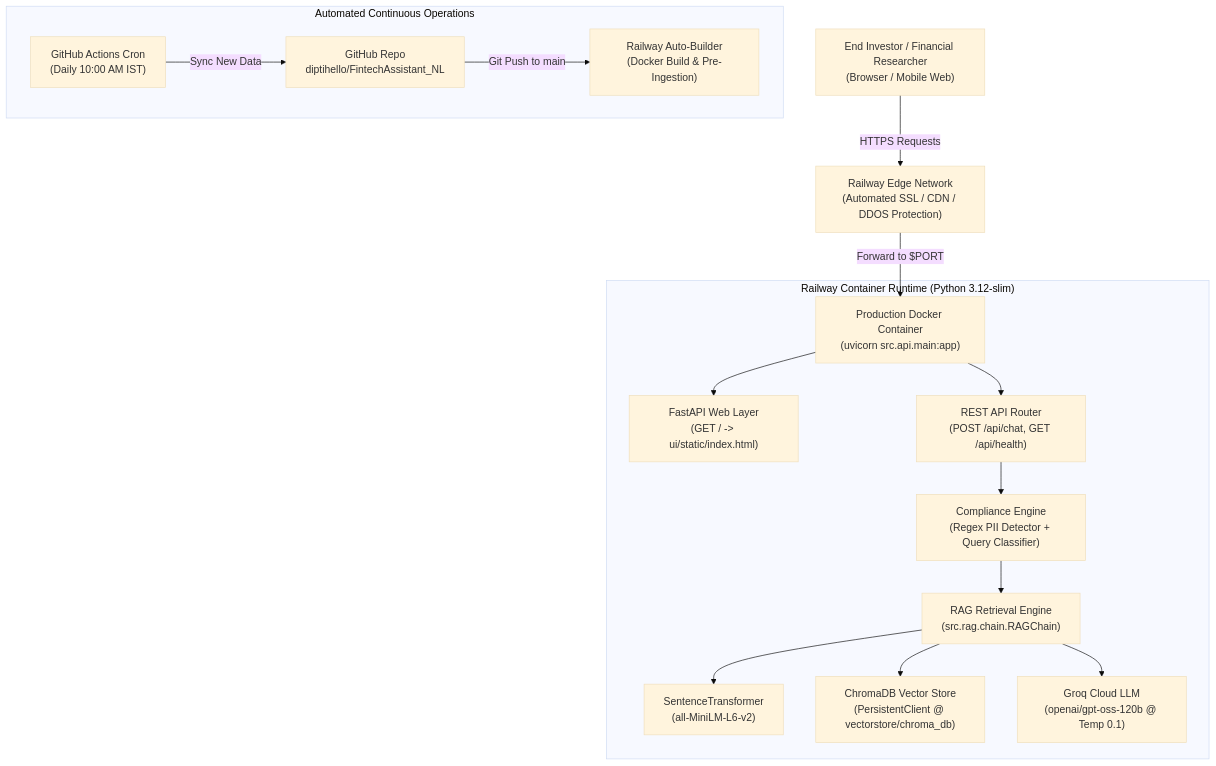
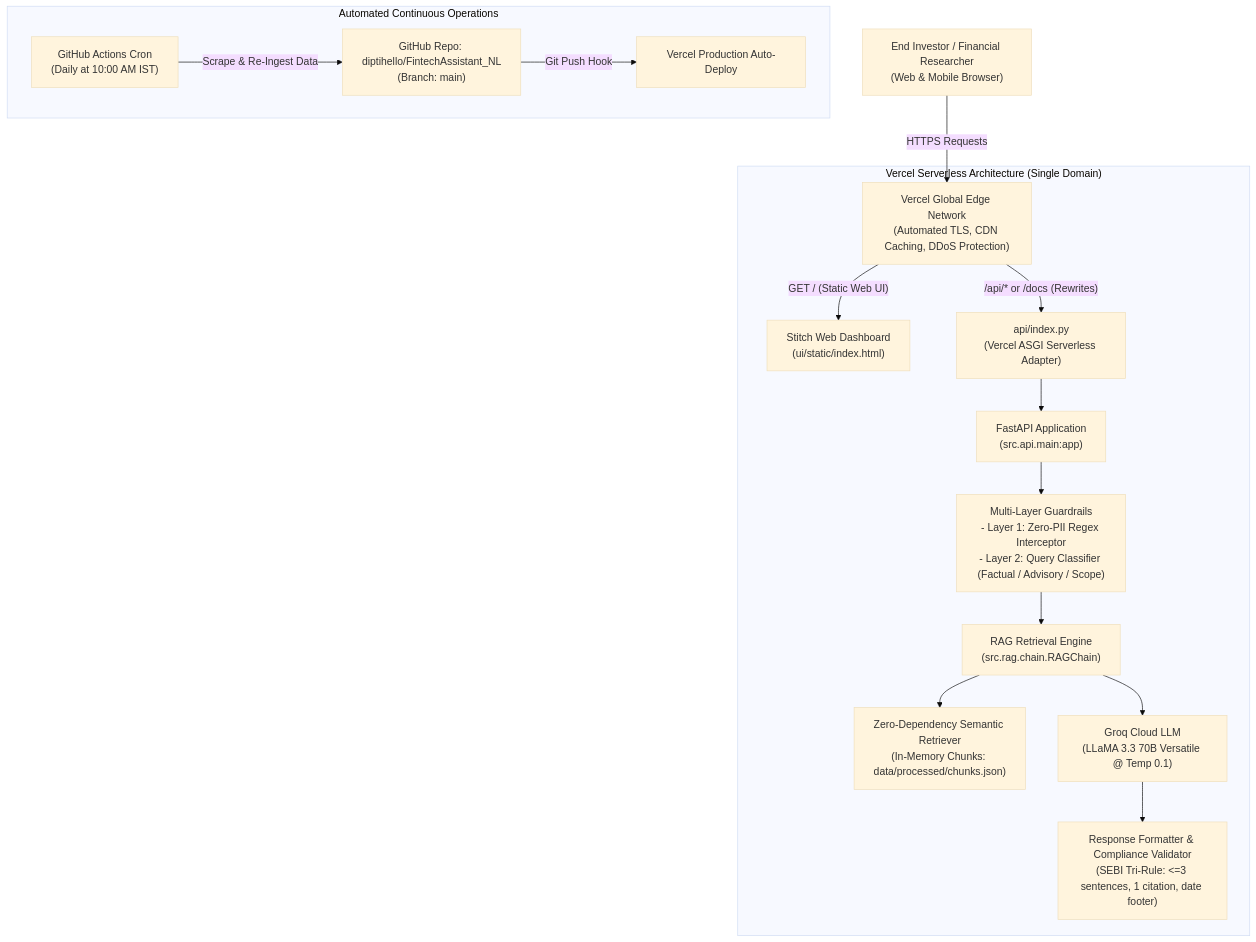
One commit to diptihello/FintechAssistant_NL changed the diagram in docs/deployment-plan.md. Above: the diagram before and after it, drawn with Mermaid (base theme). The commit also changed other lines of this file and 5 other files, not shown here.

Commit message:
docs: consolidate deployment plan exclusively to Vercel and remove Railway configuration

````diff
--- a/docs/deployment-plan.md
+++ b/docs/deployment-plan.md
@@ -19,22 +23,24 @@
 ```mermaid
 flowchart TD
-    User["End Investor / Financial Researcher\n(Browser / Mobile Web)"] -->|HTTPS Requests| Cloudflare["Railway Edge Network\n(Automated SSL / CDN / DDOS Protection)"]
-    Cloudflare -->|Forward to $PORT| Container["Production Docker Container\n(uvicorn src.api.main:app)"]
+    User["End Investor / Financial Researcher\n(Web & Mobile Browser)"] -->|HTTPS Requests| VercelEdge["Vercel Global Edge Network\n(Automated TLS, CDN Caching, DDoS Protection)"]
     
-    subgraph ContainerRuntime["Railway Container Runtime (Python 3.12-slim)"]
-        Container --> Stitch["FastAPI Web Layer\n(GET / -> ui/static/index.html)"]
-        Container --> API["REST API Router\n(POST /api/chat, GET /api/health)"]
+    subgraph VercelApp["Vercel Serverless Architecture (Single Domain)"]
+        VercelEdge -->|"GET / (Static Web UI)"| Stitch["Stitch Web Dashboard\n(ui/static/index.html)"]
+        VercelEdge -->|"/api/* or /docs (Rewrites)"| Adapter["api/index.py\n(Vercel ASGI Serverless Adapter)"]
         
-        API --> Guardrails["Compliance Engine\n(Regex PII Detector + Query Classifier)"]
+        Adapter --> FastAPI["FastAPI Application\n(src.api.main:app)"]
+        
+        FastAPI --> Guardrails["Multi-Layer Guardrails\n- Layer 1: Zero-PII Regex Interceptor\n- Layer 2: Query Classifier (Factual / Advisory / Scope)"]
         Guardrails --> RAG["RAG Retrieval Engine\n(src.rag.chain.RAGChain)"]
         
-        RAG --> Embedder["SentenceTransformer\n(all-MiniLM-L6-v2)"]
-        RAG --> Chroma["ChromaDB Vector Store\n(PersistentClient @ vectorstore/chroma_db)"]
-        RAG --> Groq["Groq Cloud LLM\n(openai/gpt-oss-120b @ Temp 0.1)"]
+        RAG --> ServerlessRetriever["Zero-Dependency Semantic Retriever\n(In-Memory Chunks: data/processed/chunks.json)"]
+        RAG --> GroqLLM["Groq Cloud LLM\n(LLaMA 3.3 70B Versatile @ Temp 0.1)"]
+        
+        GroqLLM --> Validator["Response Formatter & Compliance Validator\n(SEBI Tri-Rule: <=3 sentences, 1 citation, date footer)"]
     end
 
-    subgraph CI_CD["Automated Continuous Operations"]
-        GitHub["GitHub Repo\ndiptihello/FintechAssistant_NL"] -->|Git Push to main| RailBuild["Railway Auto-Builder\n(Docker Build & Pre-Ingestion)"]
-        GHA["GitHub Actions Cron\n(Daily 10:00 AM IST)"] -->|Sync New Data| GitHub
+    subgraph Operations["Automated Continuous Operations"]
+        GitHub["GitHub Repo: diptihello/FintechAssistant_NL\n(Branch: main)"] -->|Git Push Hook| VercelBuild["Vercel Production Auto-Deploy"]
+        GHA["GitHub Actions Cron\n(Daily at 10:00 AM IST)"] -->|Scrape & Re-Ingest Data| GitHub
     end
 ```
````
